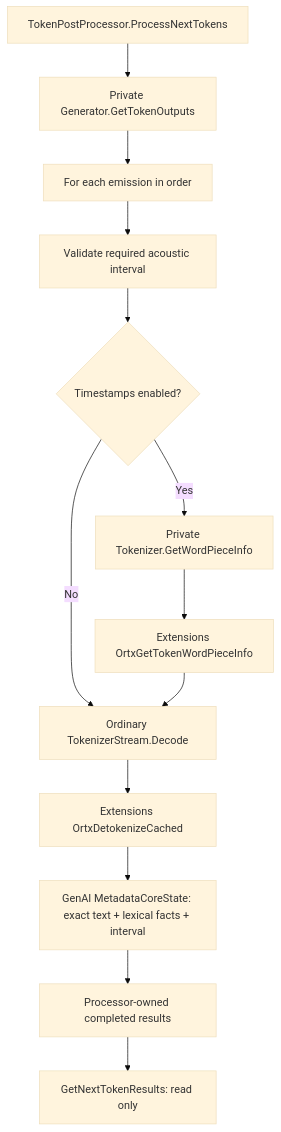
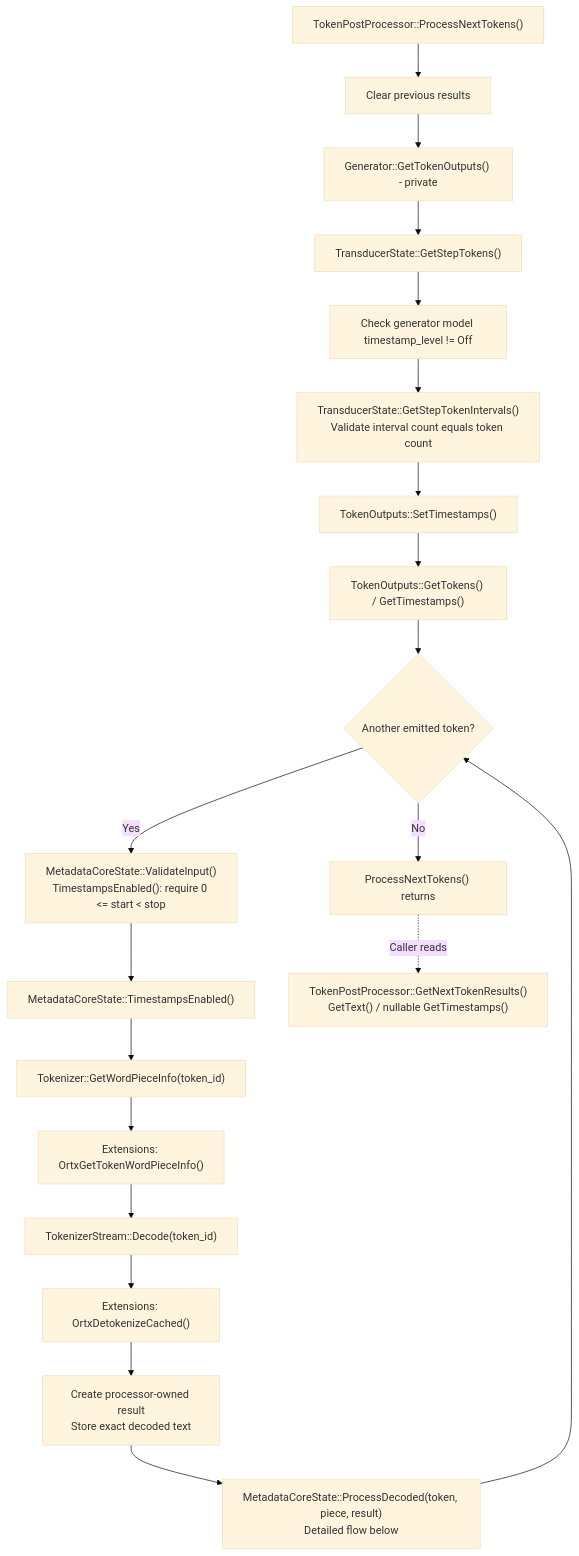
One commit to microsoft/onnxruntime-genai changed the first of 3 diagrams in docs/metadata_decode.md. Above: the diagram before and after it, drawn with Mermaid (base theme). The commit also changed other lines of this file and 2 other files, not shown here.

Commit message:
Select generator timestamp outputs from model configuration

````diff
--- a/docs/metadata_decode.md
+++ b/docs/metadata_decode.md
@@ -59,15 +64,22 @@
 ```mermaid
 flowchart TD
-  process[TokenPostProcessor.ProcessNextTokens] --> outputs[Private Generator.GetTokenOutputs]
-  outputs --> each[For each emission in order]
-  each --> validate[Validate required acoustic interval]
-  validate --> enabled{Timestamps enabled?}
-  enabled -->|Yes| facts[Private Tokenizer.GetWordPieceInfo]
-  enabled -->|No| decode
-  facts --> lookup[Extensions OrtxGetTokenWordPieceInfo]
-  lookup --> decode[Ordinary TokenizerStream.Decode]
-  decode --> cache[Extensions OrtxDetokenizeCached]
-  cache --> group[GenAI MetadataCoreState: exact text + lexical facts + interval]
-  group --> results[Processor-owned completed results]
-  results --> read[GetNextTokenResults: read only]
+  process["TokenPostProcessor::ProcessNextTokens()"] --> clear["Clear previous results"]
+  clear --> outputs["Generator::GetTokenOutputs() - private"]
+  outputs --> tokens["TransducerState::GetStepTokens()"]
+  tokens --> config["Check generator model timestamp_level != Off"]
+  config --> intervals["TransducerState::GetStepTokenIntervals()<br/>Validate interval count equals token count"]
+  intervals --> set["TokenOutputs::SetTimestamps()"]
+  set --> access["TokenOutputs::GetTokens() / GetTimestamps()"]
+  access --> each{"Another emitted token?"}
+  each -->|Yes| validate["MetadataCoreState::ValidateInput()<br/>TimestampsEnabled(): require 0 <= start < stop"]
+  validate --> enabled["MetadataCoreState::TimestampsEnabled()"]
+  enabled --> facts["Tokenizer::GetWordPieceInfo(token_id)"]
+  facts --> lookup["Extensions: OrtxGetTokenWordPieceInfo()"]
+  lookup --> decode["TokenizerStream::Decode(token_id)"]
+  decode --> cache["Extensions: OrtxDetokenizeCached()"]
+  cache --> result["Create processor-owned result<br/>Store exact decoded text"]
+  result --> metadata["MetadataCoreState::ProcessDecoded(token, piece, result)<br/>Detailed flow below"]
+  metadata --> each
+  each -->|No| done["ProcessNextTokens() returns"]
+  done -.->|Caller reads| read["TokenPostProcessor::GetNextTokenResults()<br/>GetText() / nullable GetTimestamps()"]
 ```
````
